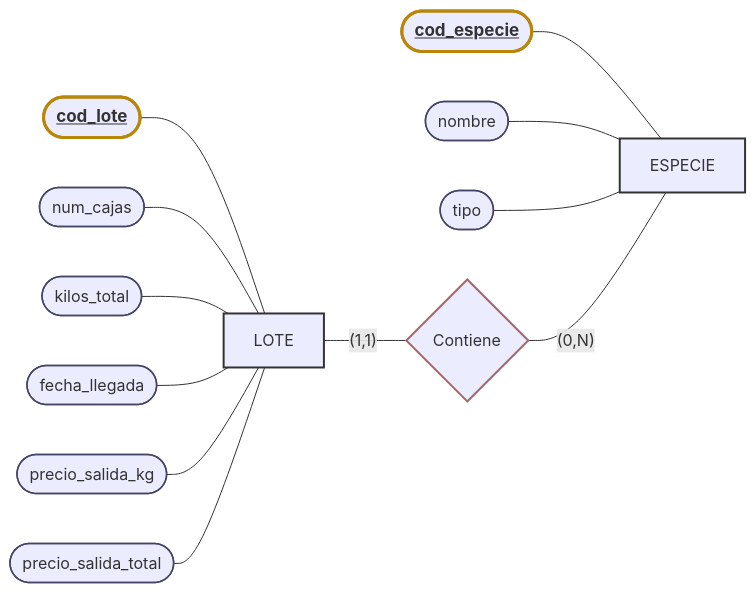
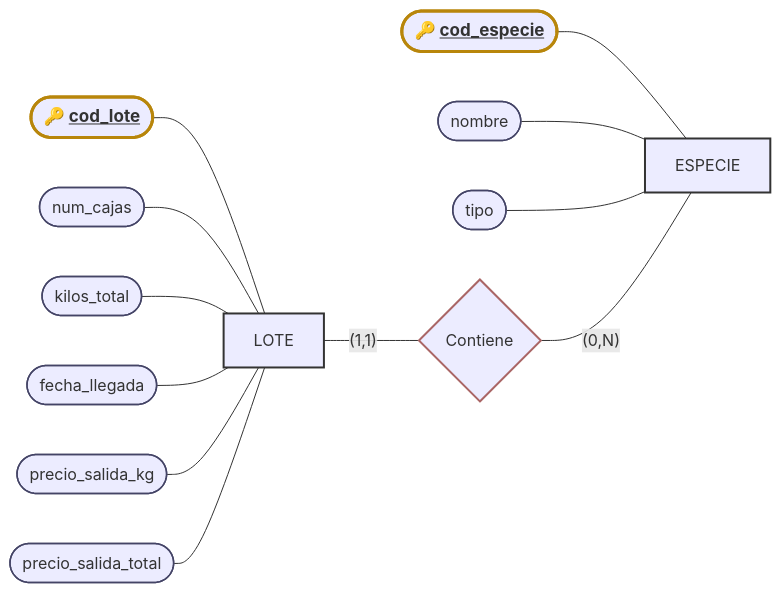
Before and after one commit to JulTob/BasesDeDatos: the diagram in Practica/P1/Schema/Lote-Contiene-Especie.md, drawn with Mermaid.

Commit message:
Add key emoji to identifiers in Lote-Contiene-Especie.md

````diff
--- a/Practica/P1/Schema/Lote-Contiene-Especie.md
+++ b/Practica/P1/Schema/Lote-Contiene-Especie.md
@@ -1,33 +1,33 @@
 ```mermaid
 
 flowchart LR
     classDef entidad stroke:#333,stroke-width:2px;
     classDef relacion stroke:#a66,stroke-width:2px;
     classDef atributo stroke:#446,stroke-width:1.5px;
     classDef identificador stroke:#B8860B,stroke-width:3px,font-weight:bold,font-size:17px;
 
     %% Entidades
     Lote[LOTE]:::entidad
     Especie[ESPECIE]:::entidad
 
     %% Interrelación
     Contiene{Contiene}:::relacion
 
     %% Atributos de LOTE
-    cod_lote(["<u>cod_lote</u>"]):::identificador --- Lote
+    cod_lote(["🔑 <u>cod_lote</u>"]):::identificador --- Lote
     num_cajas([num_cajas]):::atributo --- Lote
     kilos_total([kilos_total]):::atributo --- Lote
     fecha_llegada([fecha_llegada]):::atributo --- Lote
     precio_kg([precio_salida_kg]):::atributo --- Lote
     precio_total([precio_salida_total]):::atributo --- Lote
 
     %% Atributos de ESPECIE
-    cod_especie(["<u>cod_especie</u>"]):::identificador --- Especie
+    cod_especie(["🔑 <u>cod_especie</u>"]):::identificador --- Especie
     nombre_especie([nombre]):::atributo --- Especie
     tipo_especie([tipo]):::atributo --- Especie
 
     %% Cardinalidades (mínimo, máximo)
     Lote ---|"(1,1)"| Contiene
     Contiene ---|"(0,N)"| Especie
 
 ```
````
